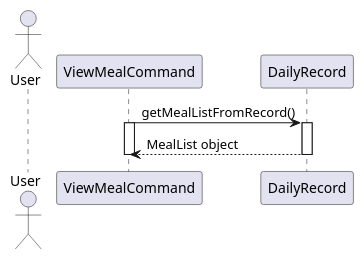
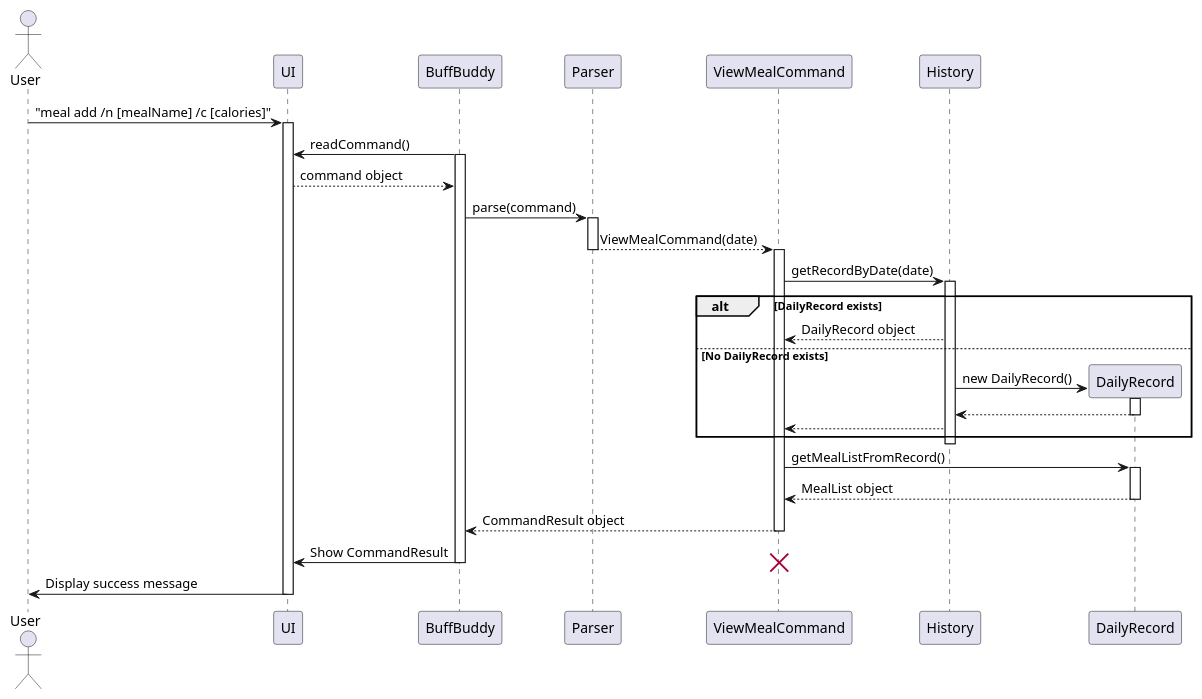
One commit to nus-cs2113-AY2425S1/tp changed the diagram in docs/diagrams/viewMealSequenceDiagram.puml. Above: the diagram before and after it, drawn with PlantUML. The commit also changed 5 other files, not shown here.

Commit message:
Edited Meal sequence diagrams

```diff
--- a/docs/diagrams/viewMealSequenceDiagram.puml
+++ b/docs/diagrams/viewMealSequenceDiagram.puml
@@ -1,13 +1,52 @@
 @startuml
 actor User
+participant "UI" as UI
+participant "BuffBuddy" as BB
+participant "Parser" as Parser
 participant "ViewMealCommand" as ViewCmd
+participant "History" as History
 participant "DailyRecord" as DailyRec
 
+User -> UI: "meal add /n [mealName] /c [calories]"
+activate UI
+BB -> UI: readCommand()
+activate BB
+UI --> BB: command object
+BB -> Parser: parse(command)
+activate Parser
+
+Parser --> ViewCmd: ViewMealCommand(date)
+deactivate Parser
+activate ViewCmd
+
+ViewCmd -> History: getRecordByDate(date)
+activate History
+
+alt DailyRecord exists
+  History --> ViewCmd: DailyRecord object
+else No DailyRecord exists
+create DailyRec
+  History -> DailyRec: new DailyRecord()
+  activate DailyRec
+  DailyRec --> History
+  deactivate DailyRec
+  History --> ViewCmd
+end
+deactivate History
+
 ViewCmd -> DailyRec: getMealListFromRecord()
-activate ViewCmd
 activate DailyRec
 DailyRec --> ViewCmd: MealList object
 deactivate DailyRec
 
+ViewCmd --> BB: CommandResult object
 deactivate ViewCmd
+
+BB -> UI: Show CommandResult
+deactivate BB
+destroy ViewCmd
+
+UI -> User: Display success message
+deactivate UI
+
 @enduml
```
